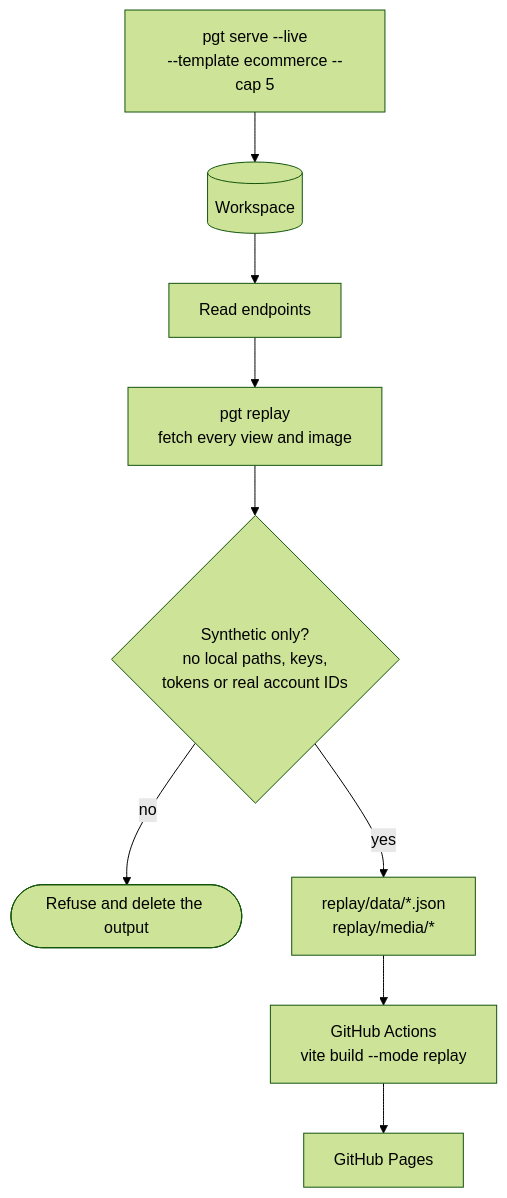
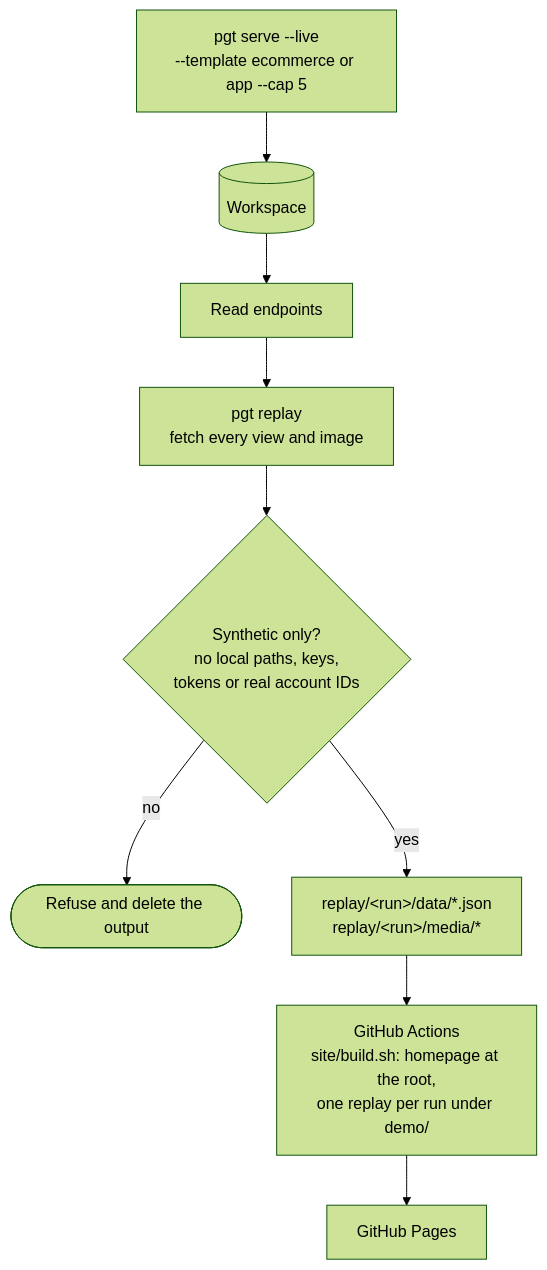
Before and after one commit to Pallas-ads/pallas-growth: the eighth of 8 diagrams in docs/architecture.md, drawn with Mermaid (forest theme). The commit also changed other lines of this file and 121 other files, not shown here.

First line of the commit message:
Publish the homepage at the Pages root

````diff
--- a/docs/architecture.md
+++ b/docs/architecture.md
@@ -275,11 +275,11 @@
 ```mermaid
 flowchart TB
-    run["pgt serve --live<br/>--template ecommerce --cap 5"] --> db[("Workspace")]
+    run["pgt serve --live<br/>--template ecommerce or app --cap 5"] --> db[("Workspace")]
     db --> api["Read endpoints"]
     api --> rep["pgt replay<br/>fetch every view and image"]
     rep --> chk{"Synthetic only?<br/>no local paths, keys,<br/>tokens or real account IDs"}
     chk -- "no" --> stop(["Refuse and delete the output"])
-    chk -- "yes" --> files["replay/data/*.json<br/>replay/media/*"]
-    files --> ci["GitHub Actions<br/>vite build --mode replay"]
+    chk -- "yes" --> files["replay/&lt;run&gt;/data/*.json<br/>replay/&lt;run&gt;/media/*"]
+    files --> ci["GitHub Actions<br/>site/build.sh: homepage at the root,<br/>one replay per run under demo/"]
     ci --> pages["GitHub Pages"]
 ```
````
